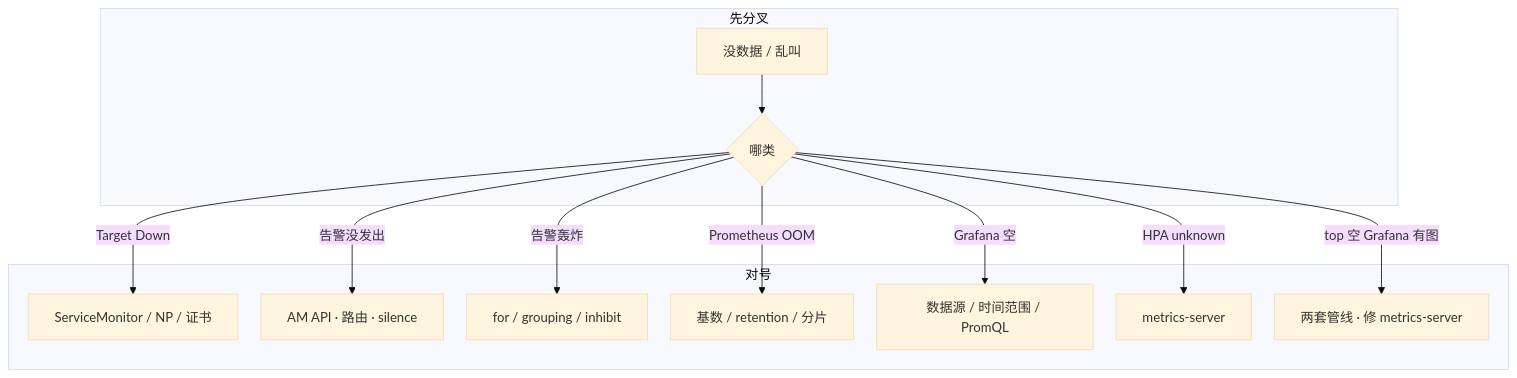
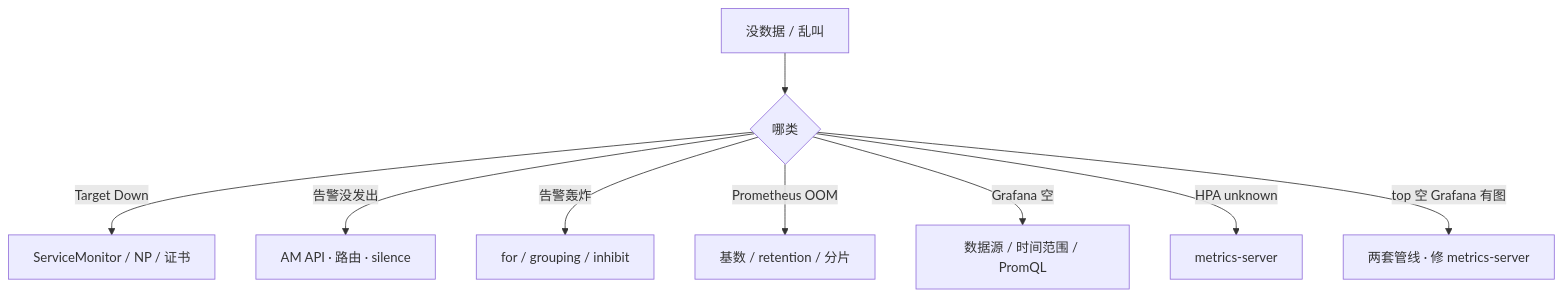
Before and after one commit to ml-cuizijun/LearnToLilith: the fourth of 4 diagrams in 03-Kubernetes/19-监控与可观测性/知识点.md, drawn with Mermaid. The commit also changed other lines of this file and 178 other files, not shown here.

````diff
--- a/03-Kubernetes/19-监控与可观测性/知识点.md
+++ b/03-Kubernetes/19-监控与可观测性/知识点.md
@@ -504,20 +387,11 @@
 ```mermaid
-%%{init: {"flowchart": {"padding": 16, "nodeSpacing": 28, "rankSpacing": 48}, "theme": "base"}}%%
 flowchart TB
-    subgraph gate ["先分叉"]
-        A[没数据 / 乱叫] --> B{哪类}
-    end
-
-    subgraph t ["对号"]
-        B -->|Target Down| C[ServiceMonitor / NP / 证书]
-        B -->|告警没发出| D[AM API · 路由 · silence]
-        B -->|告警轰炸| E[for / grouping / inhibit]
-        B -->|Prometheus OOM| F[基数 / retention / 分片]
-        B -->|Grafana 空| G[数据源 / 时间范围 / PromQL]
-        B -->|HPA unknown| H[metrics-server]
-        B -->|top 空 Grafana 有图| I[两套管线 · 修 metrics-server]
-    end
-
-    class F,H bad
-    class C,I ok
+    A["没数据 / 乱叫"] --> B{"哪类"}
+    B -->|Target Down| C["ServiceMonitor / NP / 证书"]
+    B -->|告警没发出| D["AM API · 路由 · silence"]
+    B -->|告警轰炸| E["for / grouping / inhibit"]
+    B -->|Prometheus OOM| F["基数 / retention / 分片"]
+    B -->|Grafana 空| G["数据源 / 时间范围 / PromQL"]
+    B -->|HPA unknown| H["metrics-server"]
+    B -->|top 空 Grafana 有图| I["两套管线 · 修 metrics-server"]
 ```
````
